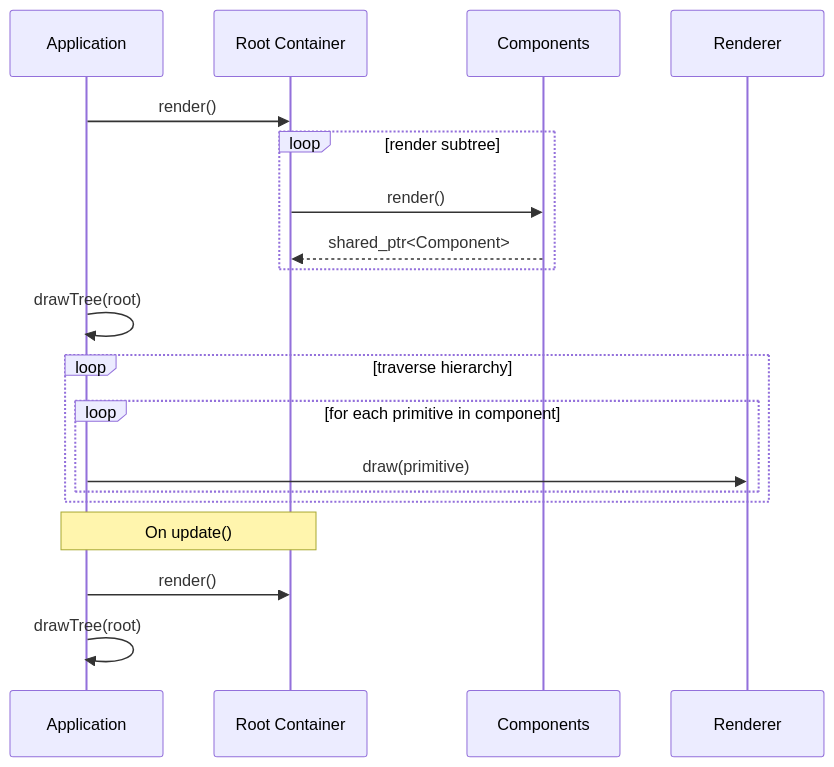
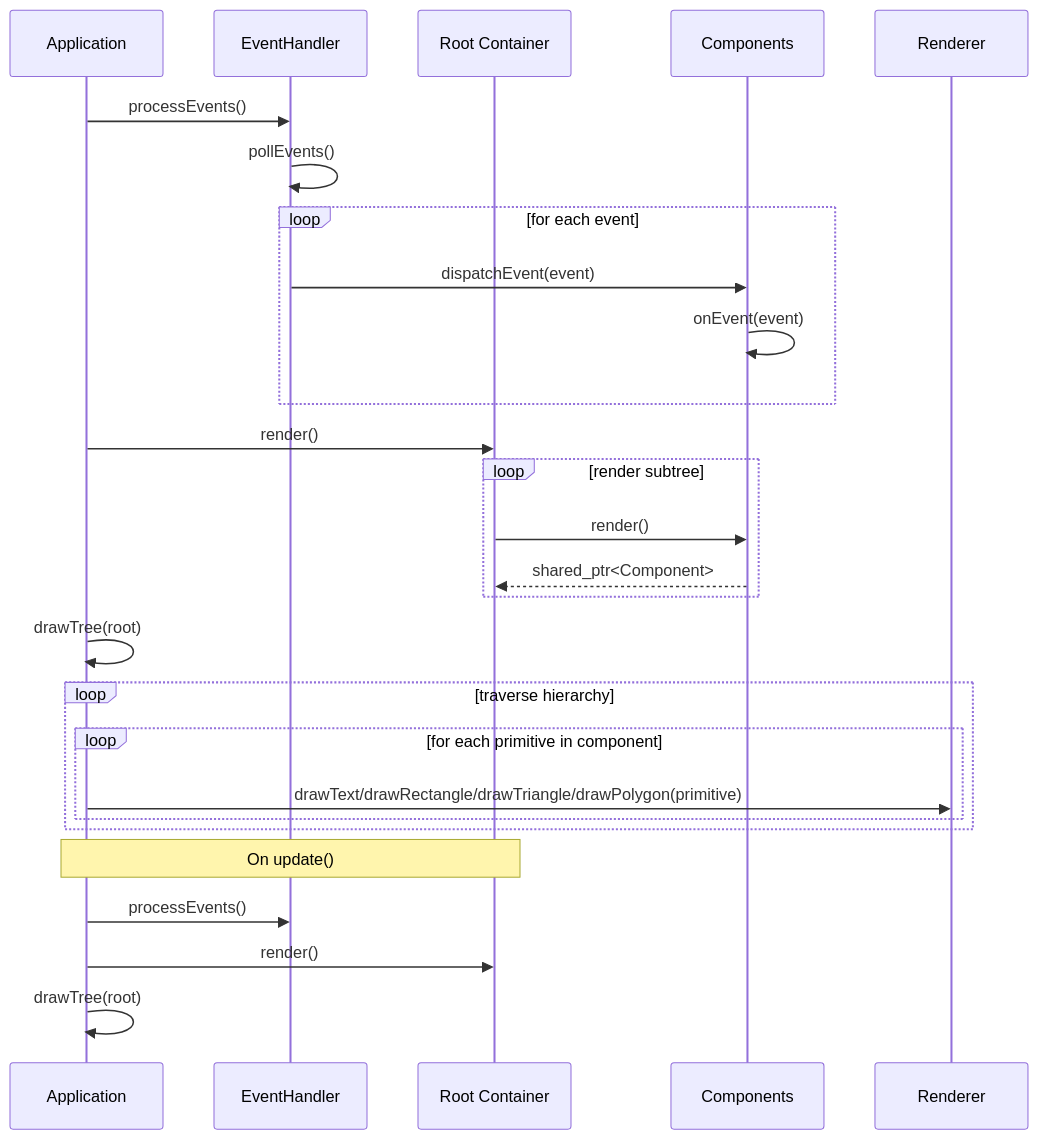
One commit to etib-corp/guillaume changed the sixth of 6 diagrams in docs/ARCHITECTURE.md. Above: the diagram before and after it, drawn with Mermaid. The commit also changed other lines of this file and 26 other files, not shown here.

````diff
--- a/docs/ARCHITECTURE.md
+++ b/docs/ARCHITECTURE.md
@@ -233,23 +289,33 @@
 ```mermaid
 sequenceDiagram
   participant App as Application
+  participant EH as EventHandler
   participant Root as Root Container
   participant C as Components
   participant R as Renderer
 
+  App->>EH: processEvents()
+  EH->>EH: pollEvents()
+  loop for each event
+    EH->>C: dispatchEvent(event)
+    C->>C: onEvent(event)
+  end
+  
   App->>Root: render()
   loop render subtree
     Root->>C: render()
     C-->>Root: shared_ptr<Component>
   end
+  
   App->>App: drawTree(root)
   loop traverse hierarchy
     loop for each primitive in component
-      App->>R: draw(primitive)
+      App->>R: drawText/drawRectangle/drawTriangle/drawPolygon(primitive)
     end
   end
 
   Note over App,Root: On update()
+  App->>EH: processEvents()
   App->>Root: render()
   App->>App: drawTree(root)
 ```
````
